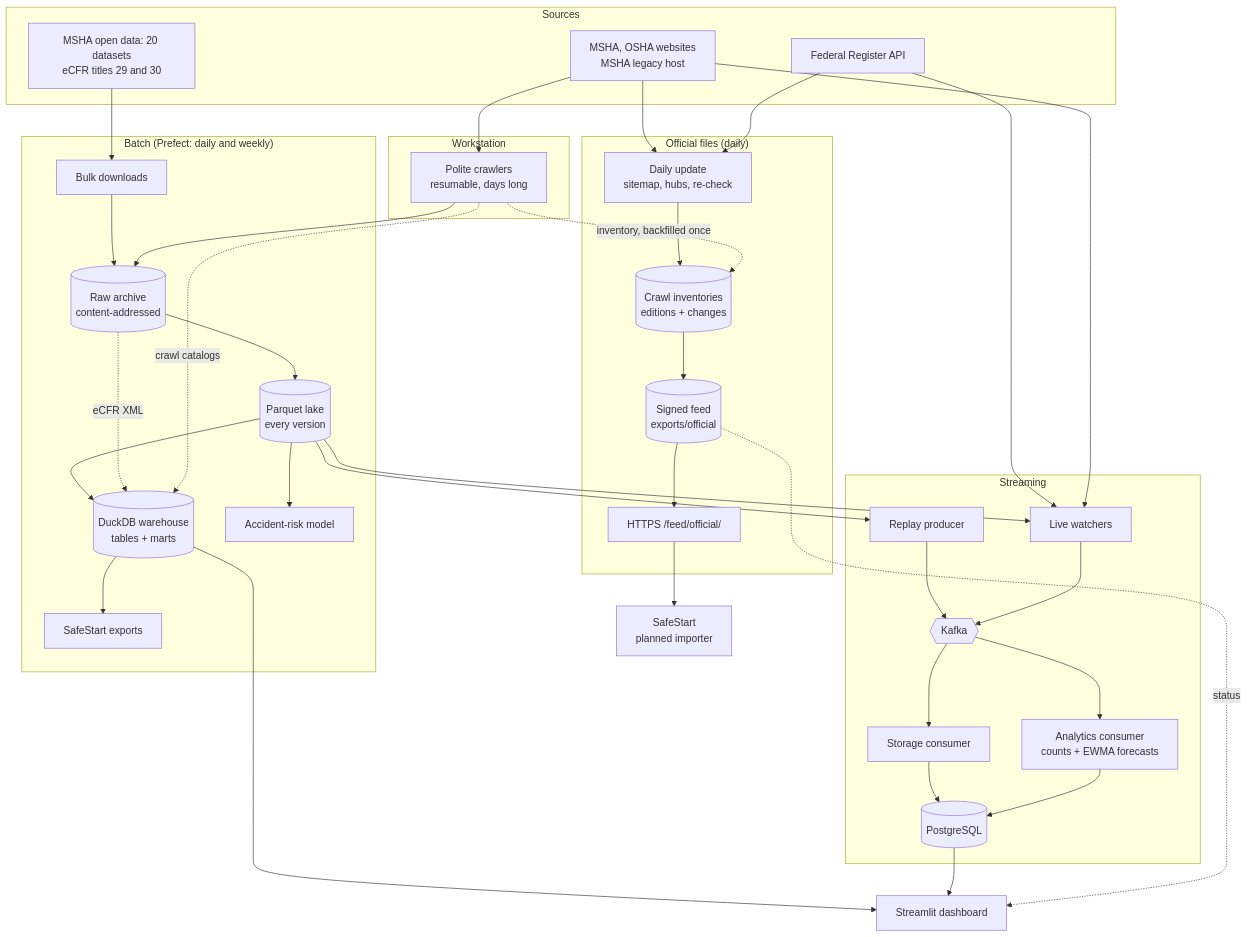
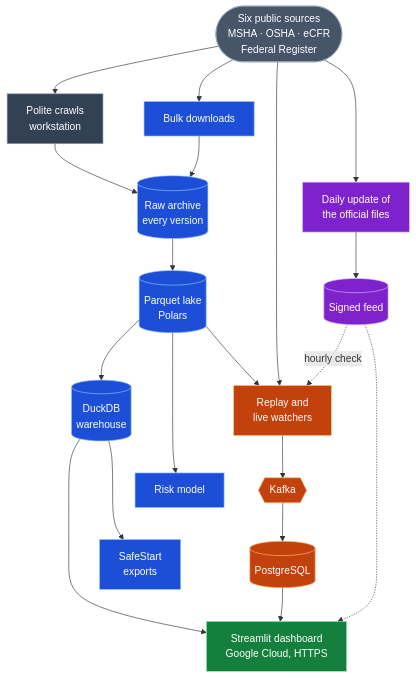
One commit to USERZEROA/safestart-data-pipeline changed the diagram in README.md. Above: the diagram before and after it, drawn with Mermaid. The commit also changed other lines of this file and 16 other files, not shown here.

````diff
--- a/README.md
+++ b/README.md
@@ -85,46 +79,36 @@
 ```mermaid
 flowchart TB
-    subgraph Sources
-        WEB[MSHA, OSHA websites<br/>MSHA legacy host]
-        BULK[MSHA open data: 20 datasets<br/>eCFR titles 29 and 30]
-        FR[Federal Register API]
-    end
-    subgraph Workstation
-        CRAWL[Polite crawlers<br/>resumable, days long]
-    end
-    subgraph Batch["Batch (Prefect: daily and weekly)"]
-        ACQ[Bulk downloads] --> RAW[(Raw archive<br/>content-addressed)]
-        RAW --> LAKE[(Parquet lake<br/>every version)]
-        LAKE --> WH[(DuckDB warehouse<br/>tables + marts)]
-        RAW -. eCFR XML .-> WH
-        LAKE --> ML[Accident-risk model]
-        WH --> EXP[SafeStart exports]
-    end
-    CRAWL --> RAW
-    CRAWL -. crawl catalogs .-> WH
-    subgraph Streaming
-        REPLAY[Replay producer] --> K{{Kafka}}
-        WATCH[Live watchers] --> K
-        K --> STORE[Storage consumer] --> PG[(PostgreSQL)]
-        K --> AN[Analytics consumer<br/>counts + EWMA forecasts] --> PG
-    end
-    subgraph Official["Official files (daily)"]
-        DAILY[Daily update<br/>sitemap, hubs, re-check]
-        DAILY --> INV[(Crawl inventories<br/>editions + changes)]
-        INV --> FEED[(Signed feed<br/>exports/official)]
-        FEED --> GW["HTTPS /feed/official/"]
-    end
-    WEB --> CRAWL
-    BULK --> ACQ
-    FR --> WATCH
-    WEB --> WATCH
-    WEB --> DAILY
-    FR --> DAILY
-    CRAWL -. inventory, backfilled once .-> INV
-    LAKE --> REPLAY
-    LAKE --> WATCH
-    WH --> DASH[Streamlit dashboard]
+    SRC(["Six public sources<br/>MSHA · OSHA · eCFR<br/>Federal Register"])
+    SRC --> CRAWL["Polite crawls<br/>workstation"]
+    SRC --> BULK["Bulk downloads"]
+    SRC --> DAILY["Daily update of<br/>the official files"]
+    CRAWL --> RAW[("Raw archive<br/>every version")]
+    BULK --> RAW
+    DAILY --> FEED[("Signed feed")]
+    RAW --> LAKE[("Parquet lake<br/>Polars")]
+    LAKE --> WH[("DuckDB<br/>warehouse")]
+    LAKE --> EV["Replay and<br/>live watchers"]
+    SRC --> EV
+    FEED -. hourly check .-> EV
+    LAKE --> ML["Risk model"]
+    EV --> K{{"Kafka"}}
+    K --> PG[("PostgreSQL")]
+    WH --> DASH["Streamlit dashboard<br/>Google Cloud, HTTPS"]
     PG --> DASH
-    FEED -. status .-> DASH
-    GW --> SS[SafeStart<br/>planned importer]
+    FEED -.-> DASH
+    WH --> EXP["SafeStart<br/>exports"]
+    WH ~~~ ML
+    ML ~~~ EXP
+    classDef src fill:#475569,stroke:#94a3b8,color:#fff
+    classDef ws fill:#334155,stroke:#94a3b8,color:#fff
+    classDef batch fill:#1d4ed8,stroke:#93c5fd,color:#fff
+    classDef stream fill:#c2410c,stroke:#fdba74,color:#fff
+    classDef official fill:#7e22ce,stroke:#d8b4fe,color:#fff
+    classDef serve fill:#15803d,stroke:#86efac,color:#fff
+    class SRC src
+    class CRAWL ws
+    class BULK,RAW,LAKE,WH,ML,EXP batch
+    class EV,K,PG stream
+    class DAILY,FEED official
+    class DASH serve
 ```
````
